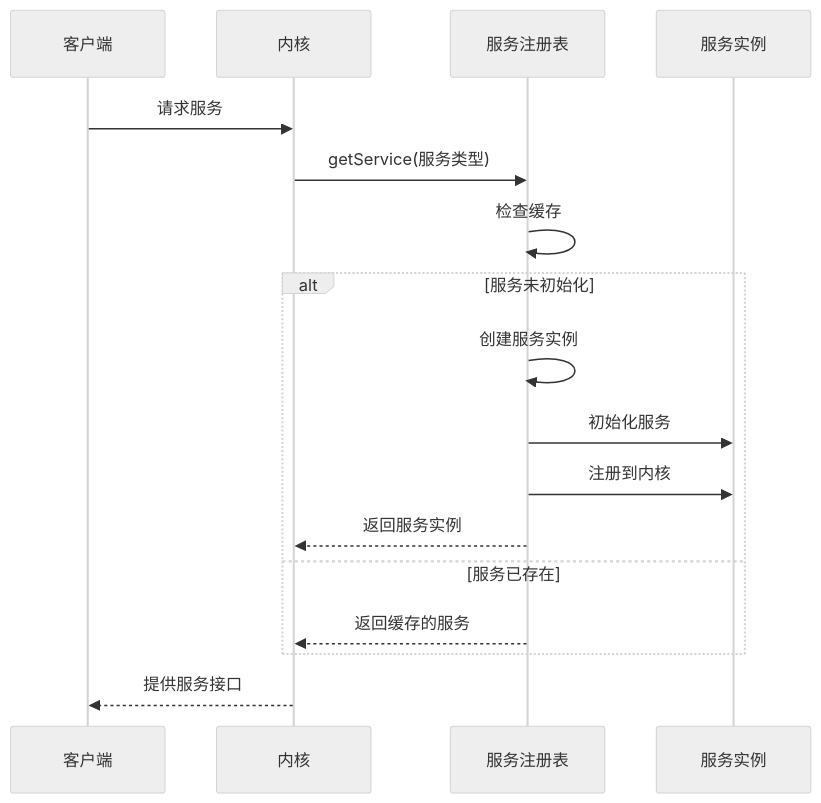
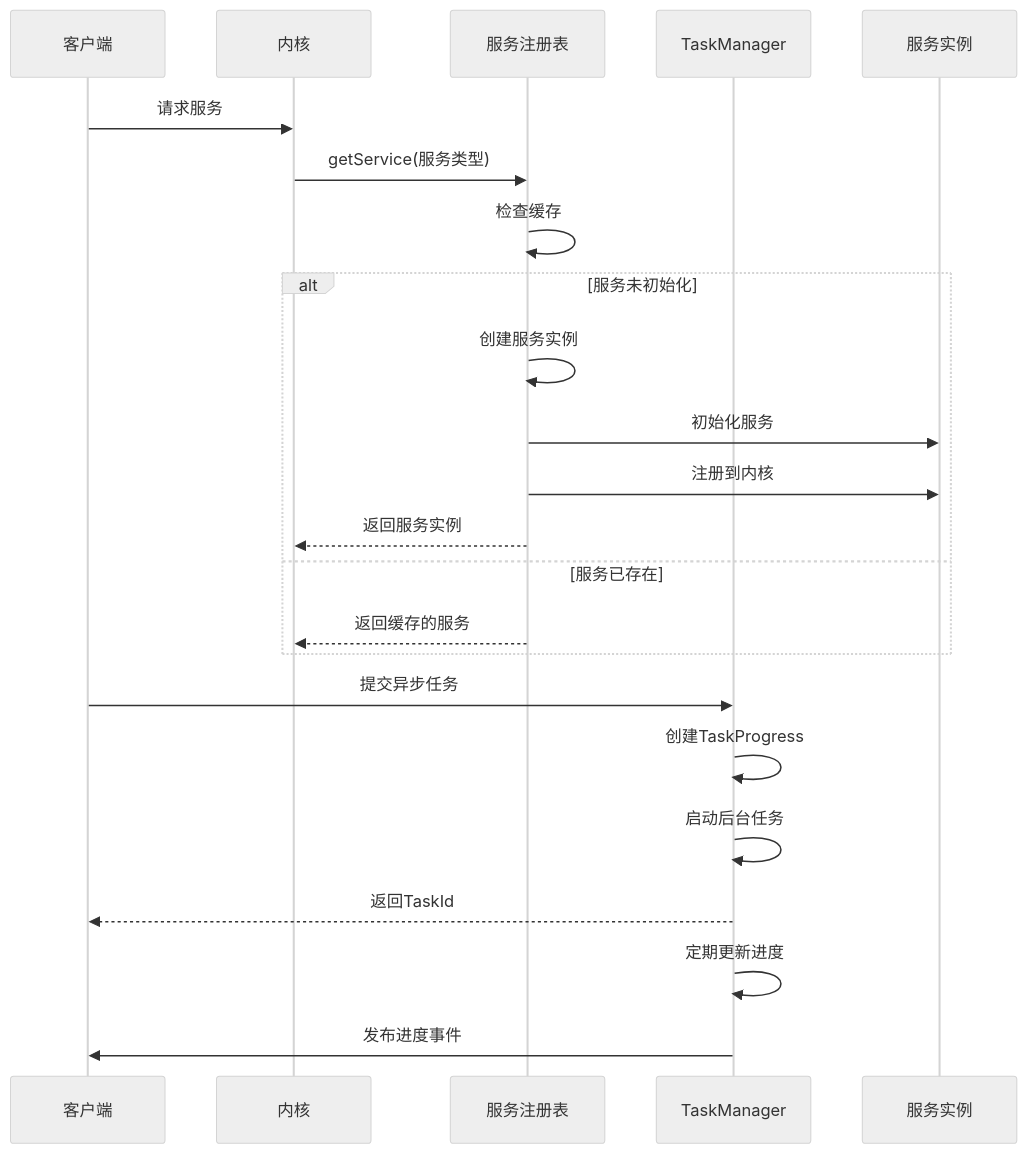
One commit to super1wang/LaserCNCv1.0 changed the third of 18 diagrams in .qoder/repowiki/zh/content/项目概述/模块设计/Process模块设计/Process模块服务管理架构改进.md. Above: the diagram before and after it, drawn with Mermaid (neutral theme). The commit also changed other lines of this file and 159 other files, not shown here.

````diff
--- a/.qoder/repowiki/zh/content/项目概述/模块设计/Process模块设计/Process模块服务管理架构改进.md
+++ b/.qoder/repowiki/zh/content/项目概述/模块设计/Process模块设计/Process模块服务管理架构改进.md
@@ -228,19 +266,25 @@
 ```mermaid
 sequenceDiagram
 participant Client as 客户端
 participant Kernel as 内核
 participant Registry as 服务注册表
+participant TaskMgr as TaskManager
 participant Service as 服务实例
 Client->>Kernel : 请求服务
 Kernel->>Registry : getService(服务类型)
 Registry->>Registry : 检查缓存
 alt 服务未初始化
 Registry->>Registry : 创建服务实例
 Registry->>Service : 初始化服务
 Registry->>Service : 注册到内核
 Registry-->>Kernel : 返回服务实例
 else 服务已存在
 Registry-->>Kernel : 返回缓存的服务
 end
-Kernel-->>Client : 提供服务接口
+Client->>TaskMgr : 提交异步任务
+TaskMgr->>TaskMgr : 创建TaskProgress
+TaskMgr->>TaskMgr : 启动后台任务
+TaskMgr-->>Client : 返回TaskId
+TaskMgr->>TaskMgr : 定期更新进度
+TaskMgr->>Client : 发布进度事件
 ```
````
